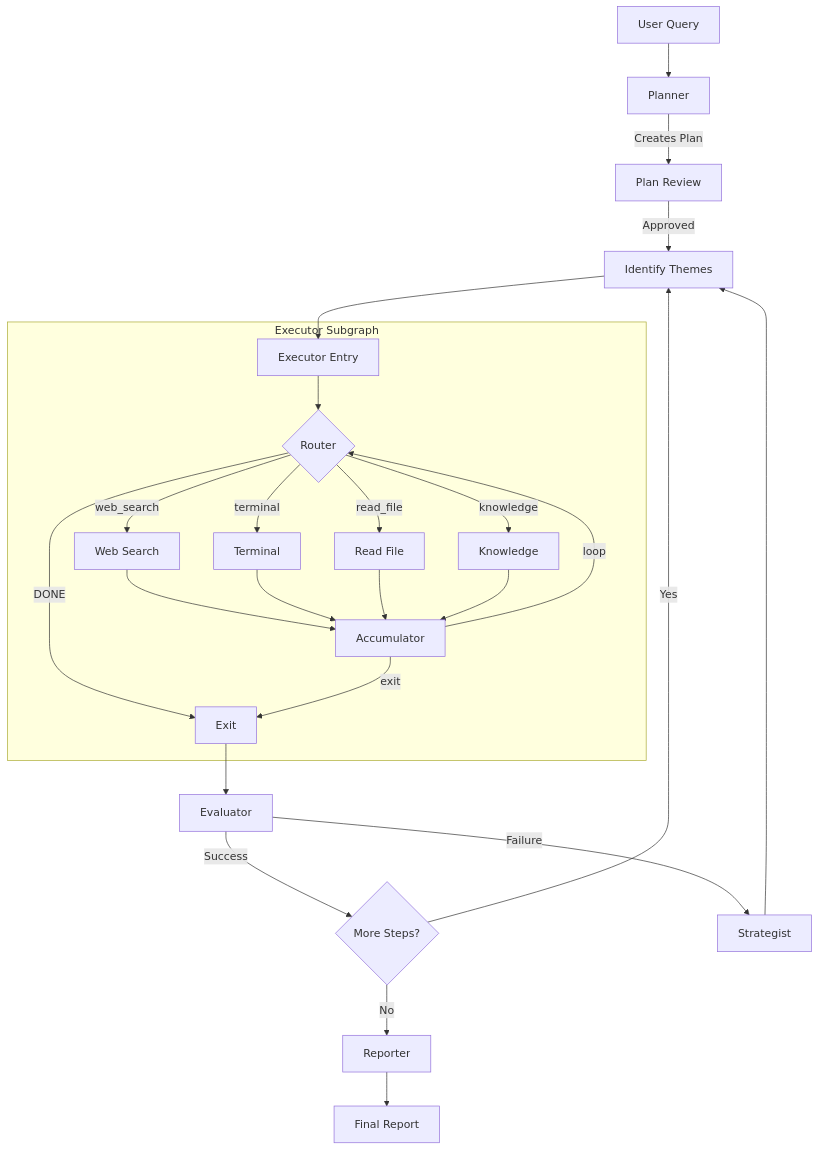
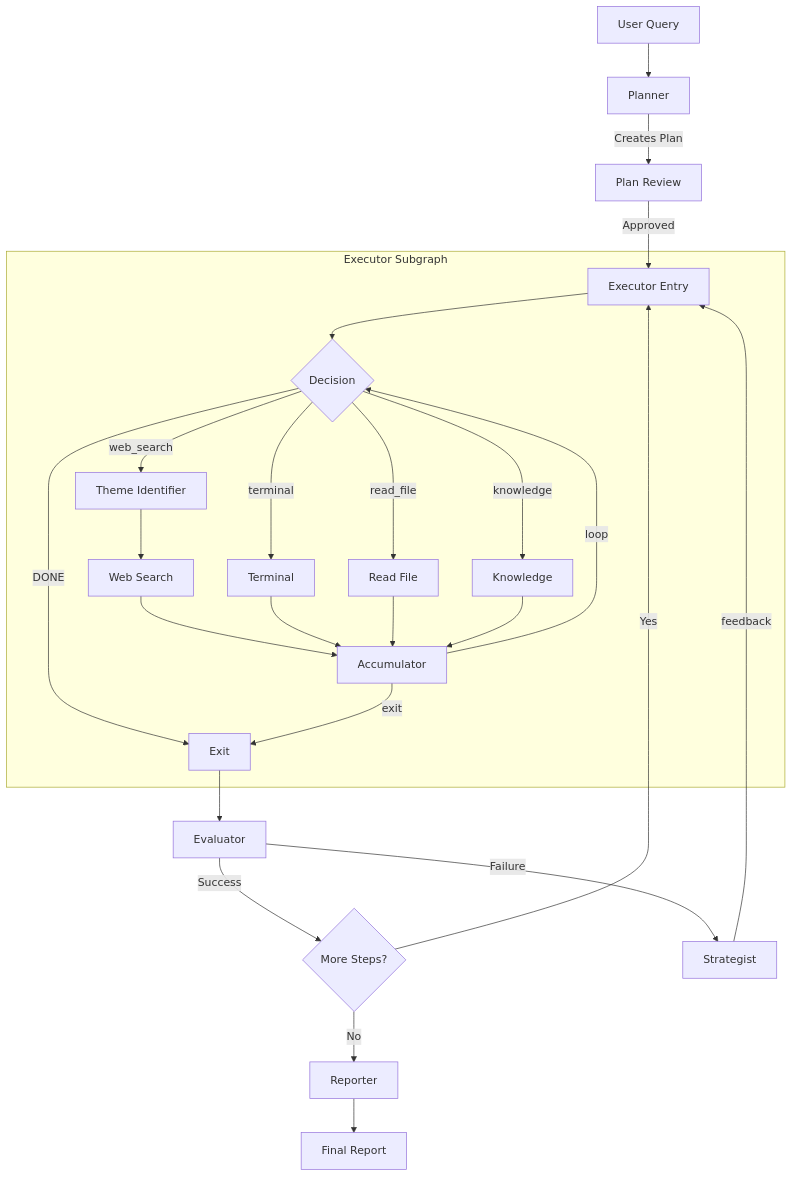
The diagram in README.md (xCthulhuFtagn/damn-so-deep-research), drawn with Mermaid before and after one commit. The commit also changed other lines of this file and 5 other files, not shown here.

Commit message:
feat: enhance executor flow with feedback-driven decision making and proper tool use pattern

````diff
--- a/README.md
+++ b/README.md
@@ -261,30 +273,30 @@
 ```mermaid
 graph TD
     Start[User Query] --> Planner
     Planner -->|Creates Plan| Interrupt1[Plan Review]
-    Interrupt1 -->|Approved| IdentifyThemes[Identify Themes]
-    IdentifyThemes --> ExecutorEntry[Executor Entry]
+    Interrupt1 -->|Approved| ExecutorEntry[Executor Entry]
 
     subgraph Executor Subgraph
-        ExecutorEntry --> Router{Router}
-        Router -->|web_search| WebSearch[Web Search]
-        Router -->|terminal| Terminal[Terminal]
-        Router -->|read_file| ReadFile[Read File]
-        Router -->|knowledge| Knowledge[Knowledge]
-        Router -->|DONE| Exit[Exit]
+        ExecutorEntry --> Decision{Decision}
+        Decision -->|web_search| ThemeID[Theme Identifier]
+        ThemeID --> WebSearch[Web Search]
+        Decision -->|terminal| Terminal[Terminal]
+        Decision -->|read_file| ReadFile[Read File]
+        Decision -->|knowledge| Knowledge[Knowledge]
+        Decision -->|DONE| Exit[Exit]
         WebSearch --> Accum[Accumulator]
         Terminal --> Accum
         ReadFile --> Accum
         Knowledge --> Accum
-        Accum -->|loop| Router
+        Accum -->|loop| Decision
         Accum -->|exit| Exit
     end
 
     Exit --> Evaluator
     Evaluator -->|Success| NextStep{More Steps?}
     Evaluator -->|Failure| Strategist
-    Strategist --> IdentifyThemes
-    NextStep -->|Yes| IdentifyThemes
+    Strategist -->|feedback| ExecutorEntry
+    NextStep -->|Yes| ExecutorEntry
     NextStep -->|No| Reporter
     Reporter --> End[Final Report]
 ```
````
